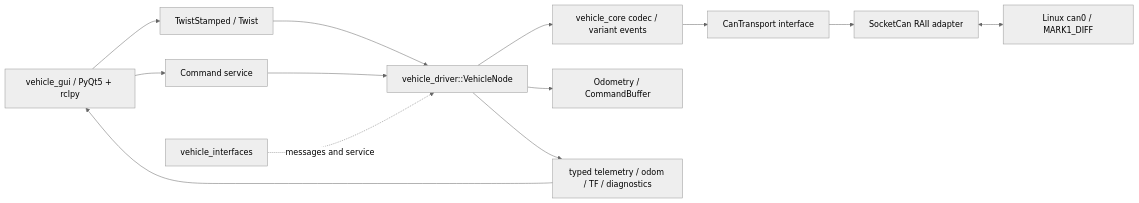
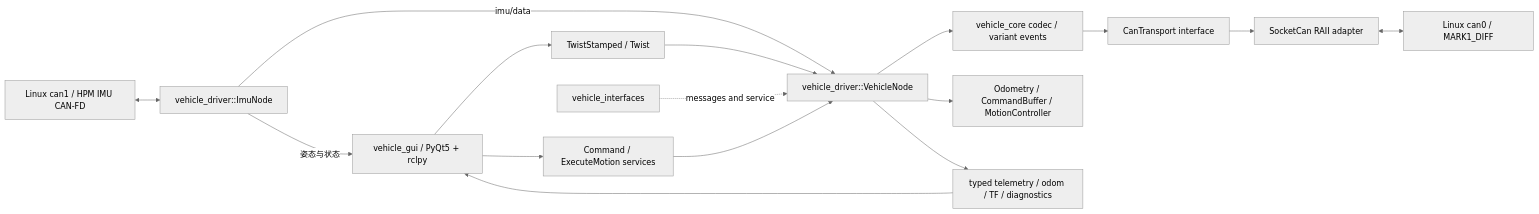
One commit to lk888l/xpkg_vehicle changed the diagram in docs/architecture.md. Above: the diagram before and after it, drawn with Mermaid (neutral theme). The commit also changed other lines of this file and 149 other files, not shown here.

````diff
--- a/docs/architecture.md
+++ b/docs/architecture.md
@@ -7,15 +7,18 @@
 ```mermaid
 flowchart LR
   Gui[vehicle_gui / PyQt5 + rclpy] --> Cmd[TwistStamped / Twist]
-  Gui --> Svc[Command service]
+  Gui --> Svc[Command / ExecuteMotion services]
   Output --> Gui
   Cmd --> Node[vehicle_driver::VehicleNode]
   Svc --> Node
   Node --> Codec[vehicle_core codec / variant events]
-  Node --> Odom[Odometry / CommandBuffer]
+  Node --> Odom[Odometry / CommandBuffer / MotionController]
   Codec --> Transport[CanTransport interface]
   Transport --> Socket[SocketCan RAII adapter]
   Socket <--> CAN[Linux can0 / MARK1_DIFF]
+  IMU[Linux can1 / HPM IMU CAN-FD] <--> ImuNode[vehicle_driver::ImuNode]
+  ImuNode -->|imu/data| Node
+  ImuNode -->|姿态与状态| Gui
   Node --> Output[typed telemetry / odom / TF / diagnostics]
   Interfaces[vehicle_interfaces] -. messages and service .-> Node
 ```
````
